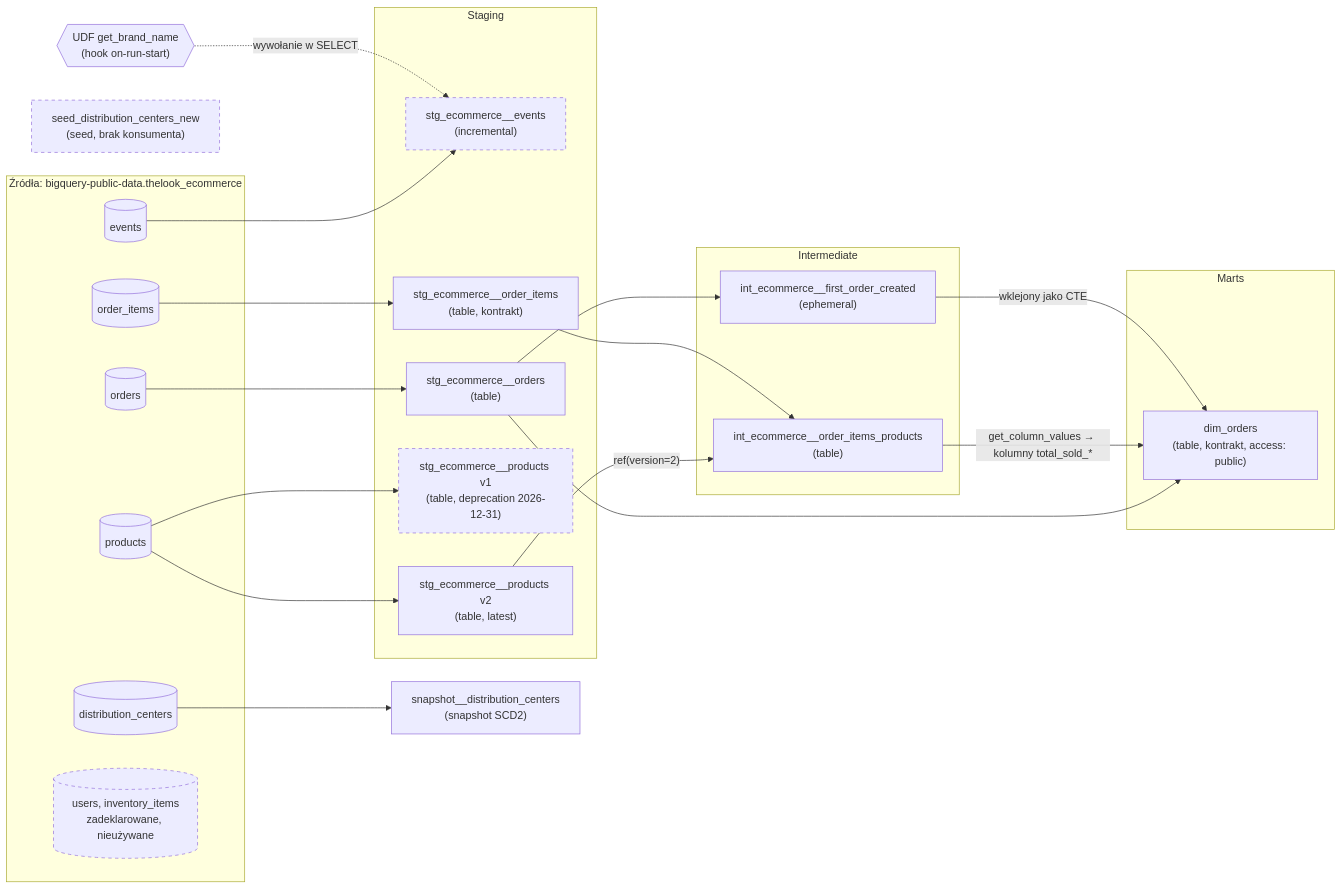
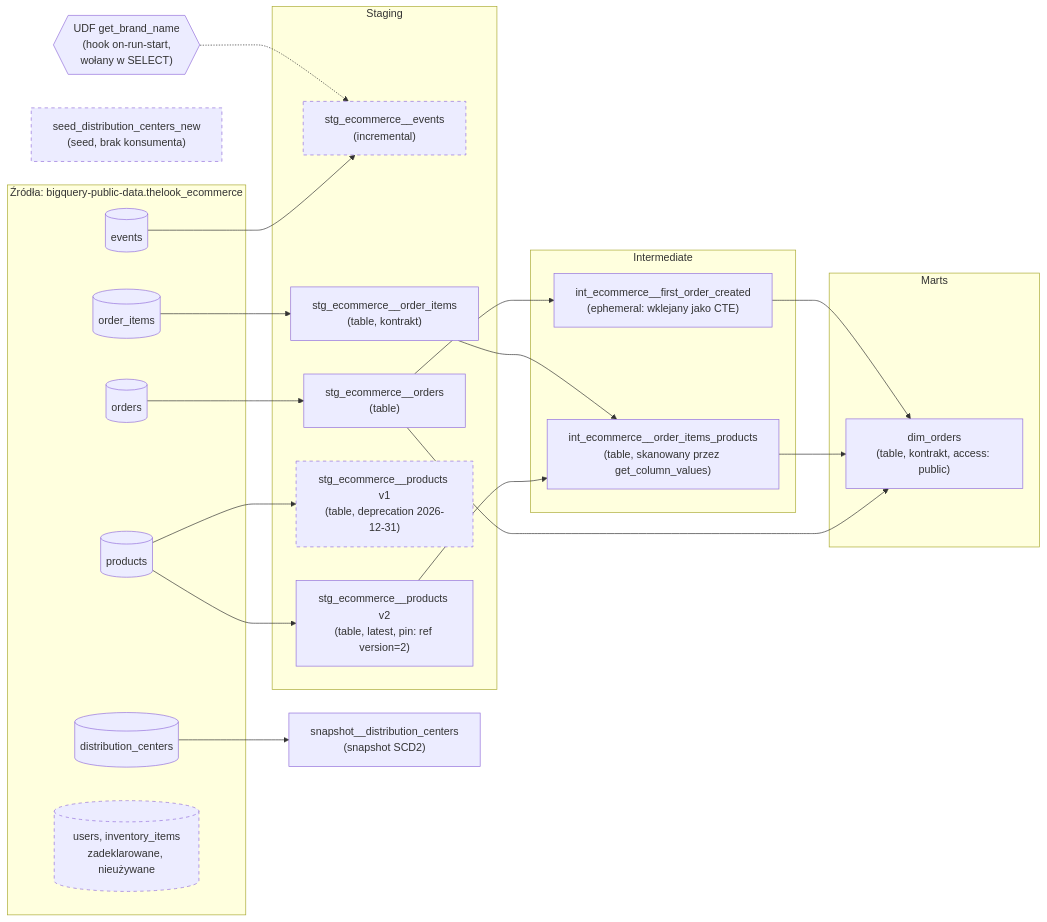
The diagram in README.md (pmackowka/dbt-bigquery), drawn with Mermaid before and after one commit.

Commit message:
README: diagram lineage bez ucinania tekstu (etykiety SVG, opisy krawędzi w węzłach)
Claude-Session: https://claude.ai/code/session_01QT92YfTGCWq8PTTyWJVemc

````diff
--- a/README.md
+++ b/README.md
@@ -24,51 +24,52 @@
 ```mermaid
+%%{init: {"flowchart": {"htmlLabels": false, "padding": 16}}}%%
 flowchart LR
     subgraph src["Źródła: bigquery-public-data.thelook_ecommerce"]
         s_events[(events)]
         s_orders[(orders)]
         s_items[(order_items)]
         s_products[(products)]
         s_dc[(distribution_centers)]
         s_unused[("users, inventory_items<br/>zadeklarowane, nieużywane")]
     end
 
     subgraph stg["Staging"]
         events["stg_ecommerce__events<br/>(incremental)"]
         orders["stg_ecommerce__orders<br/>(table)"]
         items["stg_ecommerce__order_items<br/>(table, kontrakt)"]
         prod_v1["stg_ecommerce__products v1<br/>(table, deprecation 2026-12-31)"]
-        prod_v2["stg_ecommerce__products v2<br/>(table, latest)"]
+        prod_v2["stg_ecommerce__products v2<br/>(table, latest, pin: ref version=2)"]
     end
 
     subgraph int["Intermediate"]
-        first_order["int_ecommerce__first_order_created<br/>(ephemeral)"]
-        oip["int_ecommerce__order_items_products<br/>(table)"]
+        first_order["int_ecommerce__first_order_created<br/>(ephemeral: wklejany jako CTE)"]
+        oip["int_ecommerce__order_items_products<br/>(table, skanowany przez get_column_values)"]
     end
 
     subgraph mart["Marts"]
         dim_orders["dim_orders<br/>(table, kontrakt, access: public)"]
     end
 
     snapshot["snapshot__distribution_centers<br/>(snapshot SCD2)"]
     seed["seed_distribution_centers_new<br/>(seed, brak konsumenta)"]
-    udf{{"UDF get_brand_name<br/>(hook on-run-start)"}}
+    udf{{"UDF get_brand_name<br/>(hook on-run-start,<br/>wołany w SELECT)"}}
 
     s_events --> events
     s_orders --> orders
     s_items --> items
     s_products --> prod_v1
     s_products --> prod_v2
     s_dc --> snapshot
-    udf -. wywołanie w SELECT .-> events
+    udf -.-> events
 
     orders --> first_order
-    prod_v2 -- "ref(version=2)" --> oip
+    prod_v2 --> oip
     items --> oip
 
     orders --> dim_orders
-    oip -- "get_column_values → kolumny total_sold_*" --> dim_orders
-    first_order -- "wklejony jako CTE" --> dim_orders
+    oip --> dim_orders
+    first_order --> dim_orders
 
     classDef deadEnd stroke-dasharray: 5 5
     class events,prod_v1,seed,s_unused deadEnd
 ```
````
